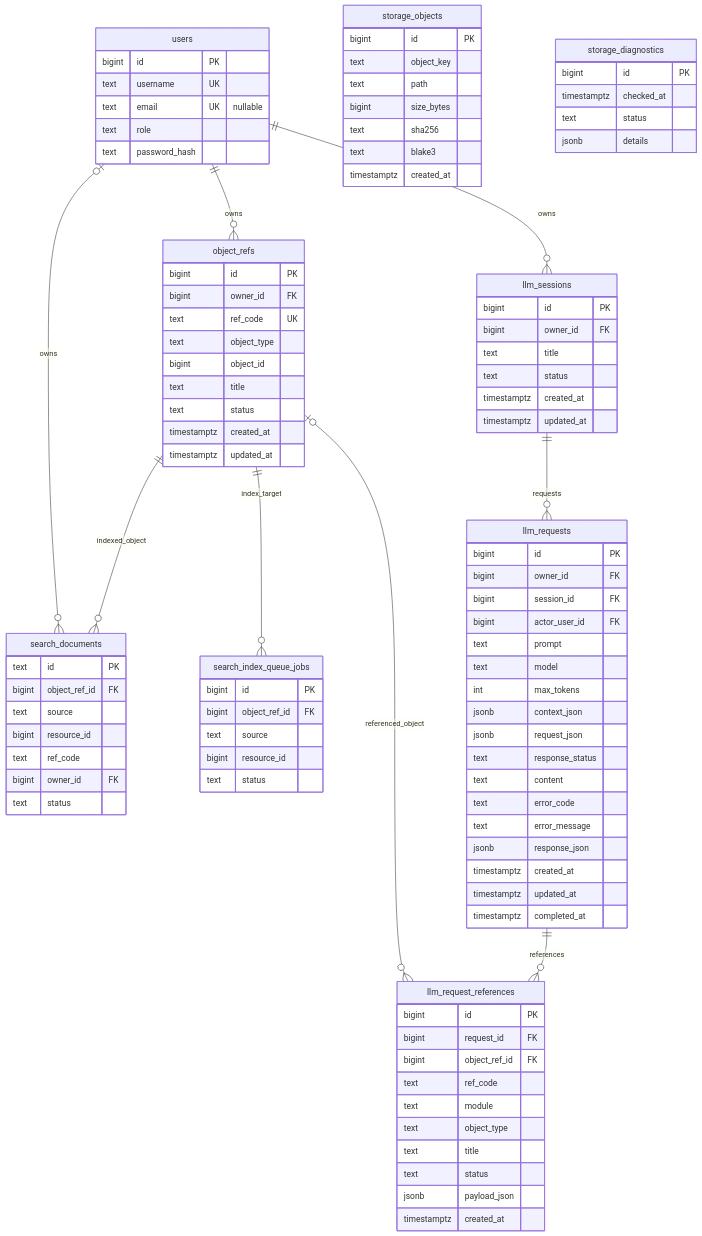
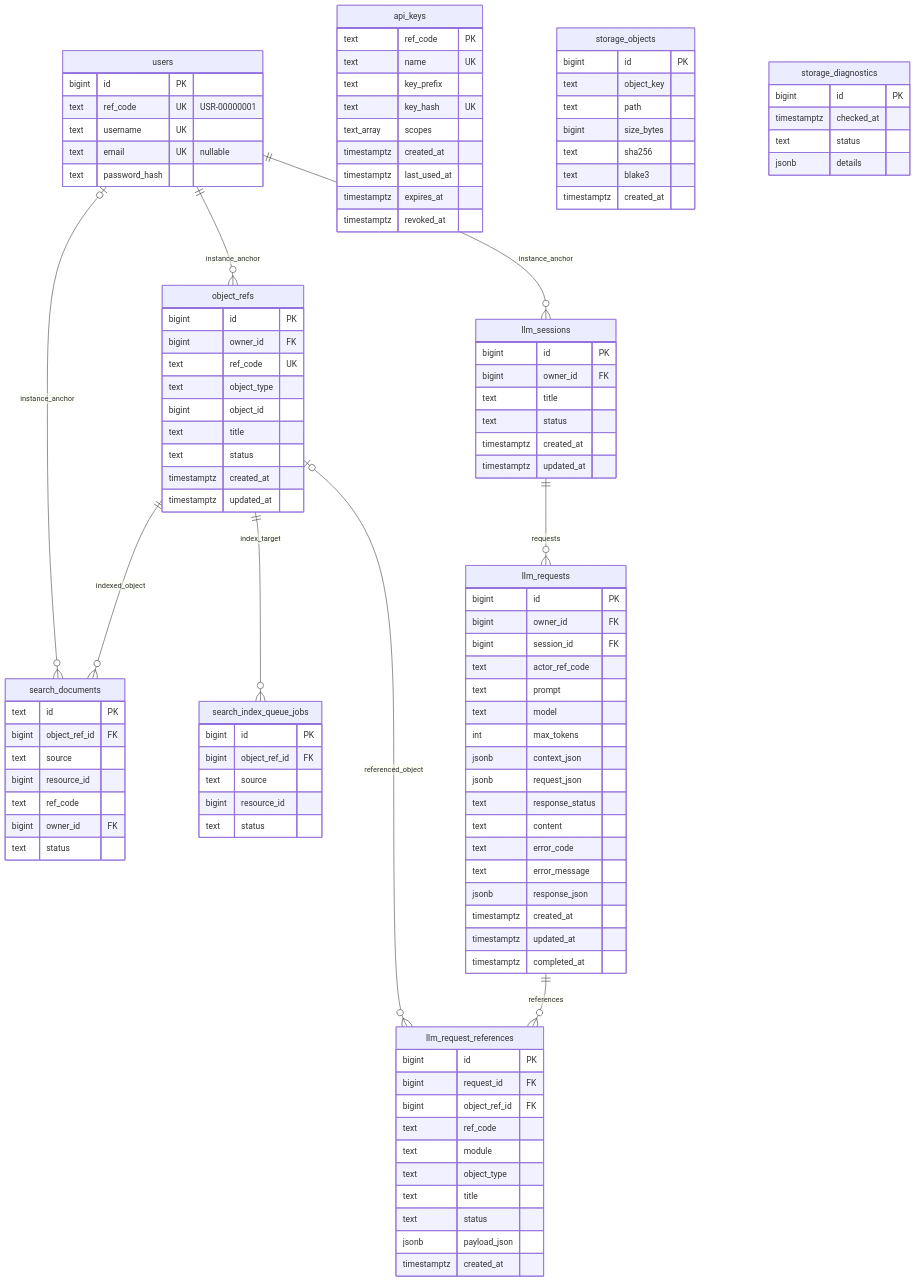
Before and after one commit to stark-lin/saturn: the second of 2 diagrams in docs/ER.md, drawn with Mermaid. The commit also changed other lines of this file and 100 other files, not shown here.

```diff
--- a/docs/ER.md
+++ b/docs/ER.md
@@ -281,10 +293,22 @@
 erDiagram
   users {
     bigint id PK
+    text ref_code UK "USR-00000001"
     text username UK
     text email UK "nullable"
-    text role
     text password_hash
+  }
+
+  api_keys {
+    text ref_code PK
+    text name UK
+    text key_prefix
+    text key_hash UK
+    text_array scopes
+    timestamptz created_at
+    timestamptz last_used_at
+    timestamptz expires_at
+    timestamptz revoked_at
   }
 
   object_refs {
@@ -347,7 +371,7 @@
     bigint id PK
     bigint owner_id FK
     bigint session_id FK
-    bigint actor_user_id FK
+    text actor_ref_code
     text prompt
     text model
     int max_tokens
@@ -376,12 +400,12 @@
     timestamptz created_at
   }
 
-  users ||--o{ object_refs : owns
+  users ||--o{ object_refs : instance_anchor
   object_refs ||--o{ search_documents : indexed_object
-  users |o--o{ search_documents : owns
+  users |o--o{ search_documents : instance_anchor
   object_refs ||--o{ search_index_queue_jobs : index_target
 
-  users ||--o{ llm_sessions : owns
+  users ||--o{ llm_sessions : instance_anchor
   llm_sessions ||--o{ llm_requests : requests
   llm_requests ||--o{ llm_request_references : references
   object_refs |o--o{ llm_request_references : referenced_object
```
